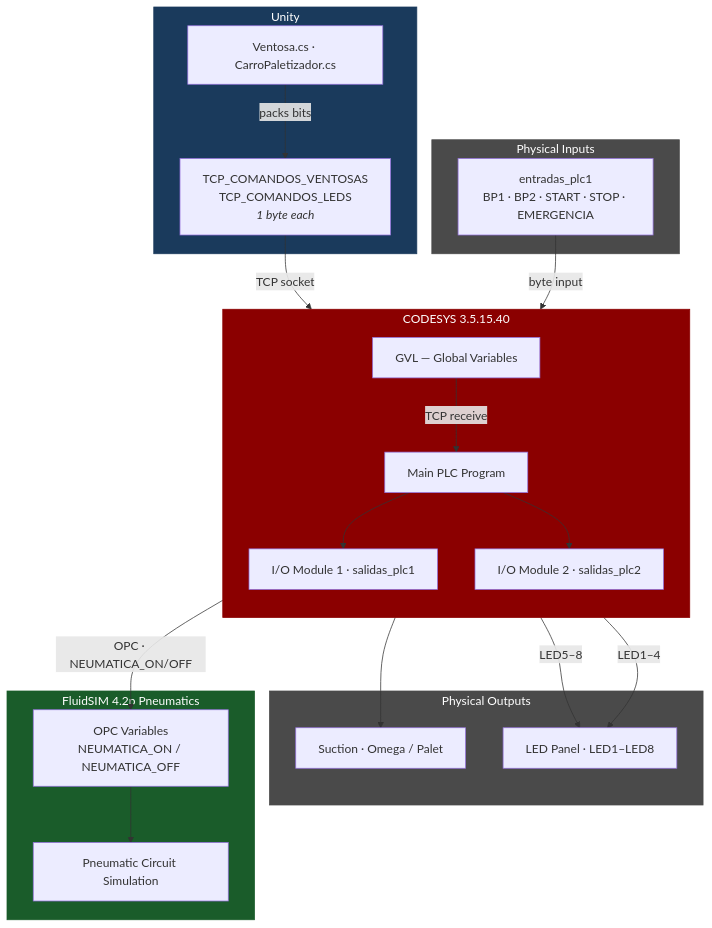
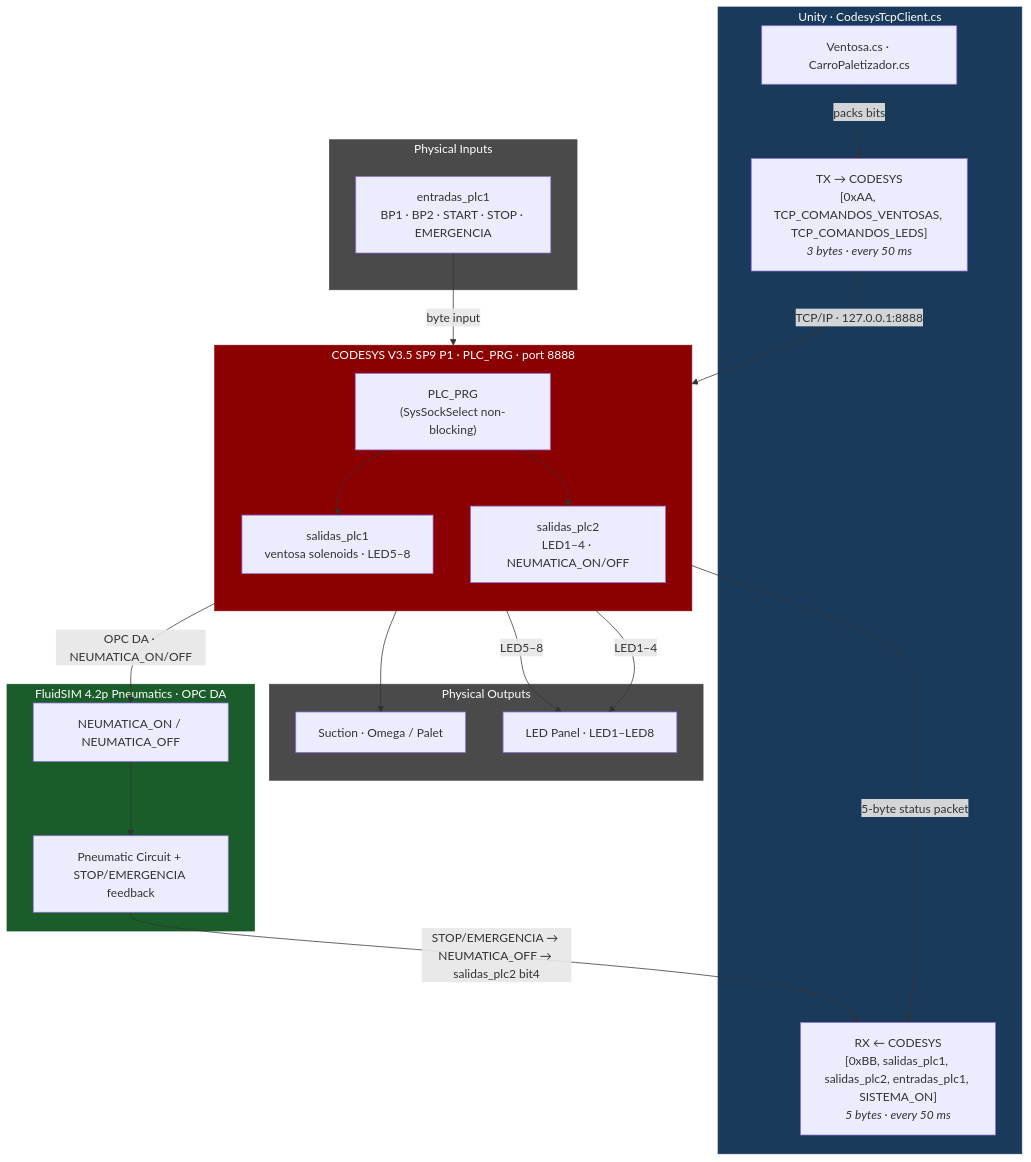
One commit to jorgefajardom-coder/drone-packaging-simulation-unity changed the first of 12 diagrams in README.md. Above: the diagram before and after it, drawn with Mermaid. The commit also changed other lines of this file and 1 other file, not shown here.

````diff
--- a/README.md
+++ b/README.md
@@ -139,47 +165,48 @@
 ```mermaid
 graph TB
-    subgraph UNITY["Unity"]
+    subgraph UNITY["Unity · CodesysTcpClient.cs"]
         U1["Ventosa.cs · CarroPaletizador.cs"]
-        U2["TCP_COMANDOS_VENTOSAS<br/>TCP_COMANDOS_LEDS<br/><i>1 byte each</i>"]
+        U2["TX → CODESYS<br/>[0xAA, TCP_COMANDOS_VENTOSAS, TCP_COMANDOS_LEDS]<br/><i>3 bytes · every 50 ms</i>"]
+        U3["RX ← CODESYS<br/>[0xBB, salidas_plc1, salidas_plc2, entradas_plc1, SISTEMA_ON]<br/><i>5 bytes · every 50 ms</i>"]
         U1 -->|packs bits| U2
     end
 
     subgraph HW_IN["Physical Inputs"]
         H1["entradas_plc1<br/>BP1 · BP2 · START · STOP · EMERGENCIA"]
     end
 
-    subgraph CODESYS["CODESYS 3.5.15.40"]
+    subgraph CODESYS["CODESYS V3.5 SP9 P1 · PLC_PRG · port 8888"]
         direction TB
-        C1["GVL — Global Variables"]
-        C2["Main PLC Program"]
-        C3["I/O Module 1 · salidas_plc1"]
-        C4["I/O Module 2 · salidas_plc2"]
-        C1 -->|TCP receive| C2
+        C2["PLC_PRG<br/>(SysSockSelect non-blocking)"]
+        C3["salidas_plc1<br/>ventosa solenoids · LED5–8"]
+        C4["salidas_plc2<br/>LED1–4 · NEUMATICA_ON/OFF"]
         C2 --> C3
         C2 --> C4
     end
 
     subgraph HW_OUT["Physical Outputs"]
         H2["Suction · Omega / Palet"]
         H3["LED Panel · LED1–LED8"]
     end
 
-    subgraph FLUIDSIM["FluidSIM 4.2p Pneumatics"]
-        F1["OPC Variables<br/>NEUMATICA_ON / NEUMATICA_OFF"]
-        F2["Pneumatic Circuit Simulation"]
+    subgraph FLUIDSIM["FluidSIM 4.2p Pneumatics · OPC DA"]
+        F1["NEUMATICA_ON / NEUMATICA_OFF"]
+        F2["Pneumatic Circuit + STOP/EMERGENCIA feedback"]
         F1 --> F2
     end
 
-    U2 -->|TCP socket| C1
+    U2 -->|"TCP/IP · 127.0.0.1:8888"| C2
     H1 -->|byte input| C2
+    C2 -->|"5-byte status packet"| U3
     C3 --> H2
     C3 -->|LED5–8| H3
     C4 -->|LED1–4| H3
-    C4 -->|OPC · NEUMATICA_ON/OFF| F1
+    C4 -->|"OPC DA · NEUMATICA_ON/OFF"| F1
+    F2 -->|"STOP/EMERGENCIA → NEUMATICA_OFF → salidas_plc2 bit4"| U3
 
     style UNITY fill:#1a3a5c,color:#fff,stroke:#1a3a5c
     style HW_IN fill:#4a4a4a,color:#fff,stroke:#4a4a4a
     style CODESYS fill:#8b0000,color:#fff,stroke:#8b0000
     style FLUIDSIM fill:#1a5c2a,color:#fff,stroke:#1a5c2a
     style HW_OUT fill:#4a4a4a,color:#fff,stroke:#4a4a4a
 ```
````
